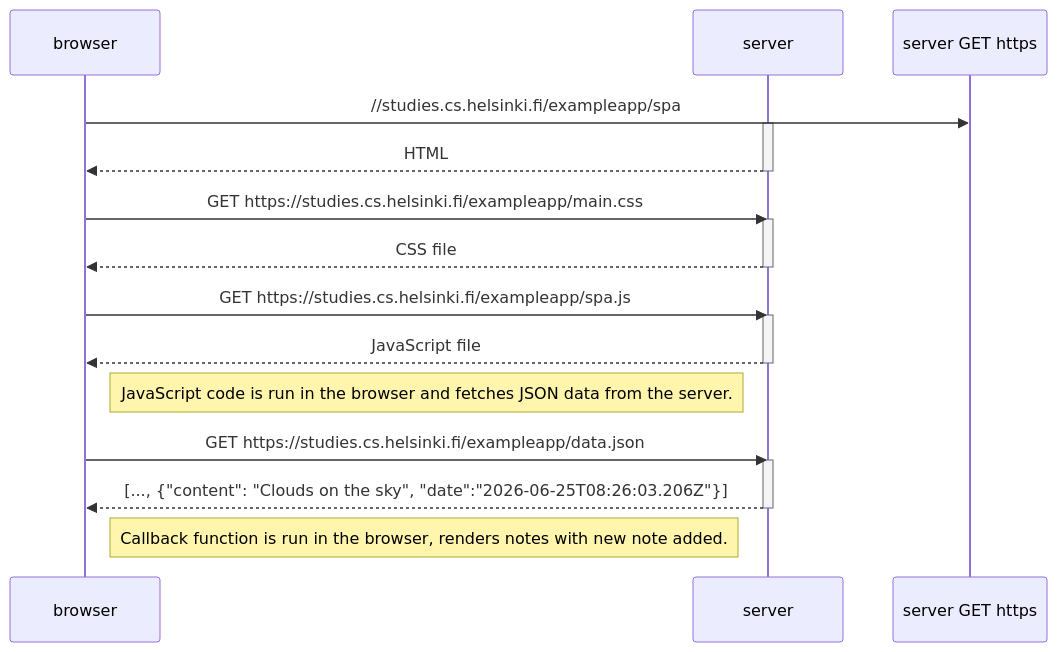
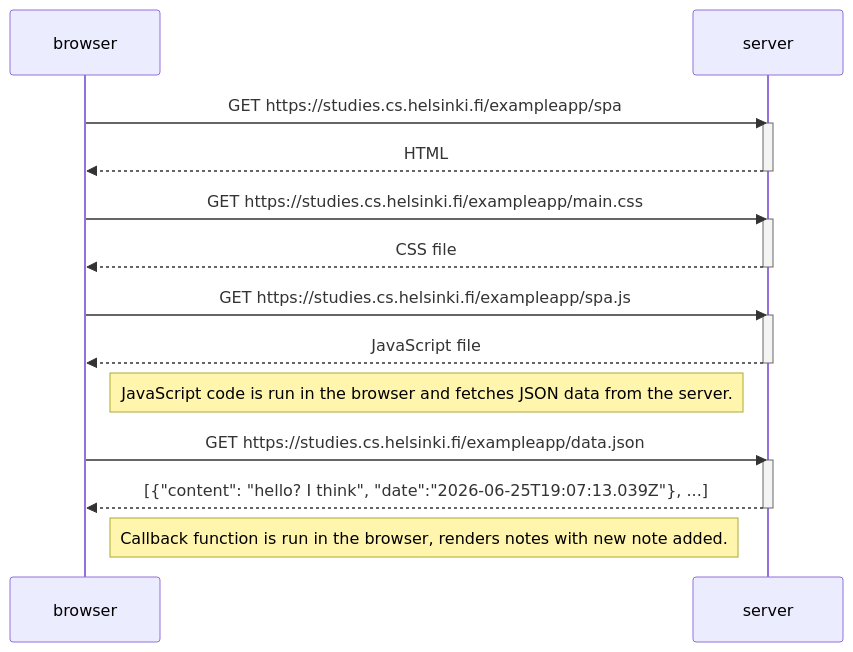
One commit to Sandrowue/FullStackOpen changed the diagram in opening_spa_version.md. Above: the diagram before and after it, drawn with Mermaid.

Commit message:
JSON excerpt actualized

````diff
--- a/opening_spa_version.md
+++ b/opening_spa_version.md
@@ -1,29 +1,29 @@
 ```mermaid
 sequenceDiagram
     participant browser
     participant server
 
-    browser->>server GET https://studies.cs.helsinki.fi/exampleapp/spa
+    browser->>server: GET https://studies.cs.helsinki.fi/exampleapp/spa
     activate server
     server-->> browser: HTML
     deactivate server
 
     browser->>server: GET https://studies.cs.helsinki.fi/exampleapp/main.css
     activate server
     server-->>browser: CSS file
     deactivate server
 
     browser->>server: GET https://studies.cs.helsinki.fi/exampleapp/spa.js
     activate server
     server-->>browser: JavaScript file
     deactivate server
 
     Note right of browser: JavaScript code is run in the browser and fetches JSON data from the server.
 
     browser->>server: GET https://studies.cs.helsinki.fi/exampleapp/data.json
     activate server
-    server-->>browser: [..., {"content": "Clouds on the sky", "date":"2026-06-25T08:26:03.206Z"}] 
+    server-->>browser: [{"content": "hello? I think", "date":"2026-06-25T19:07:13.039Z"}, ...] 
     deactivate server
 
     Note right of browser: Callback function is run in the browser, renders notes with new note added.
 ```
````
